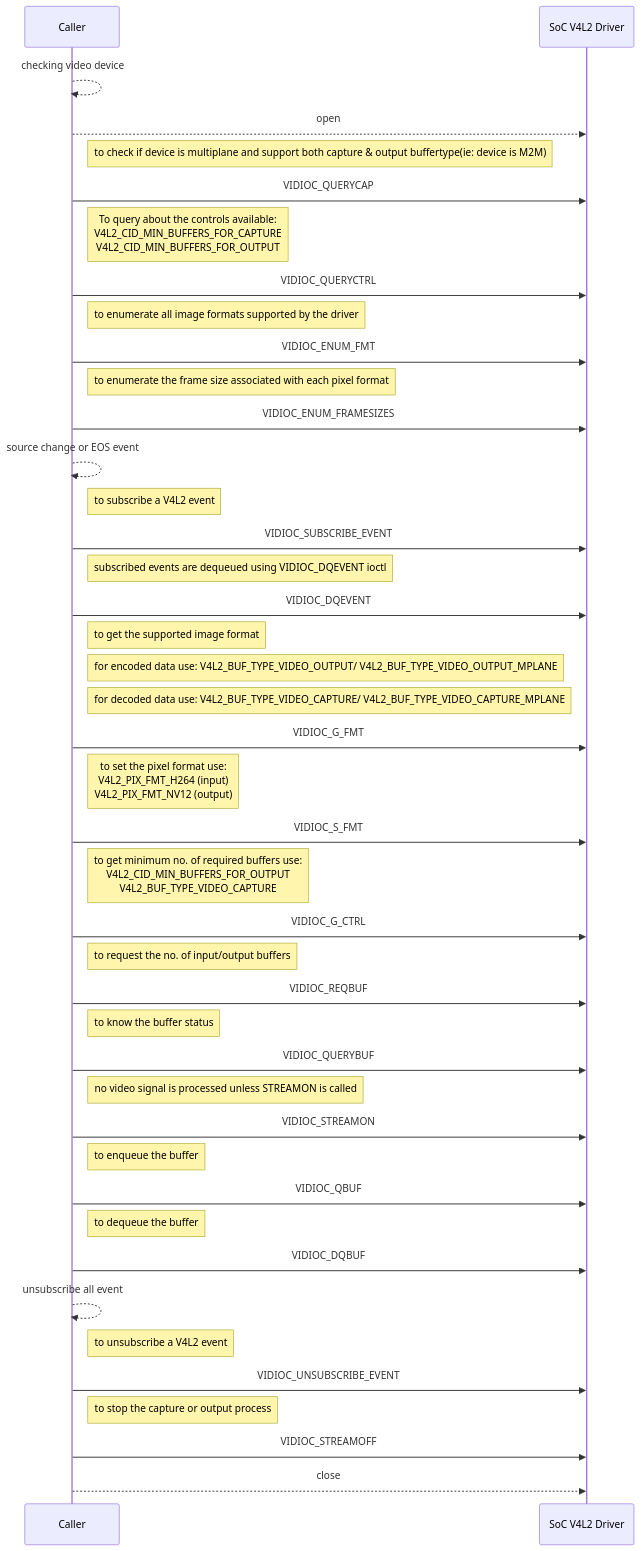
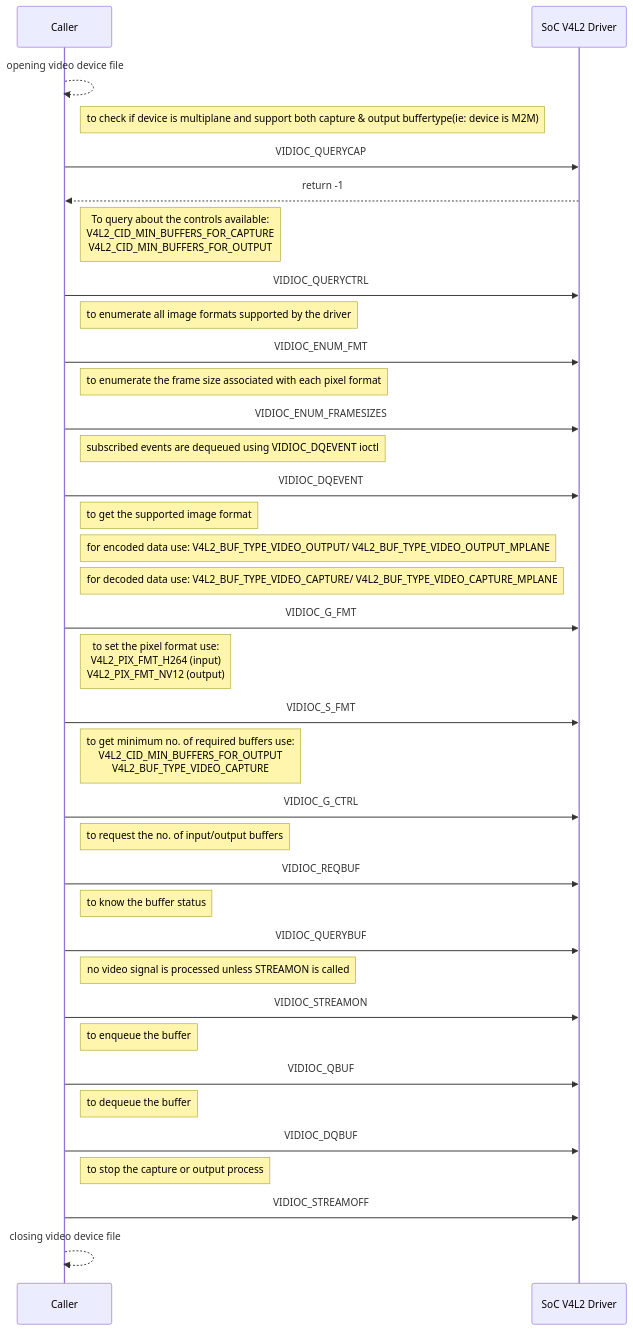
The third of 3 diagrams in docs/pages/v4l2.md (rdkcentral/rdk-halif-v4l2), drawn with Mermaid before and after one commit. The commit also changed other lines of this file, not shown here.

````diff
--- a/docs/pages/v4l2.md
+++ b/docs/pages/v4l2.md
@@ -239,47 +209,47 @@
 ```mermaid
 
 sequenceDiagram
 participant Caller
 participant SoC V4L2 Driver
 
-Caller-->>Caller: checking video device
-Caller-->>SoC V4L2 Driver: open
+Caller-->>Caller: opening video device file
 Note right of Caller: to check if device is multiplane and support both capture & output buffertype(ie: device is M2M) 
 Caller->>SoC V4L2 Driver: VIDIOC_QUERYCAP
+SoC V4L2 Driver-->>Caller: return -1
 Note right of Caller: To query about the controls available​: <br/> V4L2_CID_MIN_BUFFERS_FOR_CAPTURE <br/> V4L2_CID_MIN_BUFFERS_FOR_OUTPUT
 Caller->>SoC V4L2 Driver: VIDIOC_QUERYCTRL​
 Note right of Caller: to enumerate all image formats supported by the driver
 Caller->>SoC V4L2 Driver: VIDIOC_ENUM_FMT
 Note right of Caller: to enumerate the frame size associated with each pixel format
 Caller->>SoC V4L2 Driver: VIDIOC_ENUM_FRAMESIZES
-Caller-->>Caller: source change or EOS event
-Note right of Caller: to subscribe a V4L2 event
-Caller->>SoC V4L2 Driver: VIDIOC_SUBSCRIBE_EVENT
+#Caller-->>Caller: source change or EOS event
+#Note right of Caller: to subscribe a V4L2 event
+#Caller->>SoC V4L2 Driver: VIDIOC_SUBSCRIBE_EVENT
 Note right of Caller: subscribed events are dequeued using VIDIOC_DQEVENT ioctl
 Caller->>SoC V4L2 Driver: VIDIOC_DQEVENT
 Note right of Caller: to get the supported image format
 Note right of Caller: for encoded data use: V4L2_BUF_TYPE_VIDEO_OUTPUT/ V4L2_BUF_TYPE_VIDEO_OUTPUT_MPLANE  
 Note right of Caller: for decoded data use: V4L2_BUF_TYPE_VIDEO_CAPTURE/ V4L2_BUF_TYPE_VIDEO_CAPTURE_MPLANE
 Caller->>SoC V4L2 Driver: VIDIOC_G_FMT
 note right of Caller: to set the pixel format use: <br/>V4L2_PIX_FMT_H264 (input) <br/> V4L2_PIX_FMT_NV12 (output)
 Caller->>SoC V4L2 Driver: VIDIOC_S_FMT
 note right of Caller: to get minimum no. of required buffers use: <br/> V4L2_CID_MIN_BUFFERS_FOR_OUTPUT <br/> V4L2_BUF_TYPE_VIDEO_CAPTURE
 Caller->>SoC V4L2 Driver: VIDIOC_G_CTRL
 note right of Caller: to request the no. of input/output buffers
 Caller->>SoC V4L2 Driver: VIDIOC_REQBUF
 note right of Caller: to know the buffer status
 Caller->>SoC V4L2 Driver: VIDIOC_QUERYBUF
 note right of Caller: no video signal is processed unless STREAMON is called
 Caller->>SoC V4L2 Driver: VIDIOC_STREAMON
 note right of Caller: to enqueue the buffer
 Caller->>SoC V4L2 Driver: VIDIOC_QBUF
 note right of Caller: to dequeue the buffer
 Caller->>SoC V4L2 Driver: VIDIOC_DQBUF
-Caller-->>Caller: unsubscribe all event
-Note right of Caller: to unsubscribe a V4L2 event
-Caller->>SoC V4L2 Driver: VIDIOC_UNSUBSCRIBE_EVENT
+#Caller-->>Caller: unsubscribe all event
+#Note right of Caller: to unsubscribe a V4L2 event
+#Caller->>SoC V4L2 Driver: VIDIOC_UNSUBSCRIBE_EVENT
 note right of Caller: to stop the capture or output process
 Caller->>SoC V4L2 Driver: VIDIOC_STREAMOFF
-Caller-->>SoC V4L2 Driver: close
+Caller-->>Caller: closing video device file
 
 ```
````
